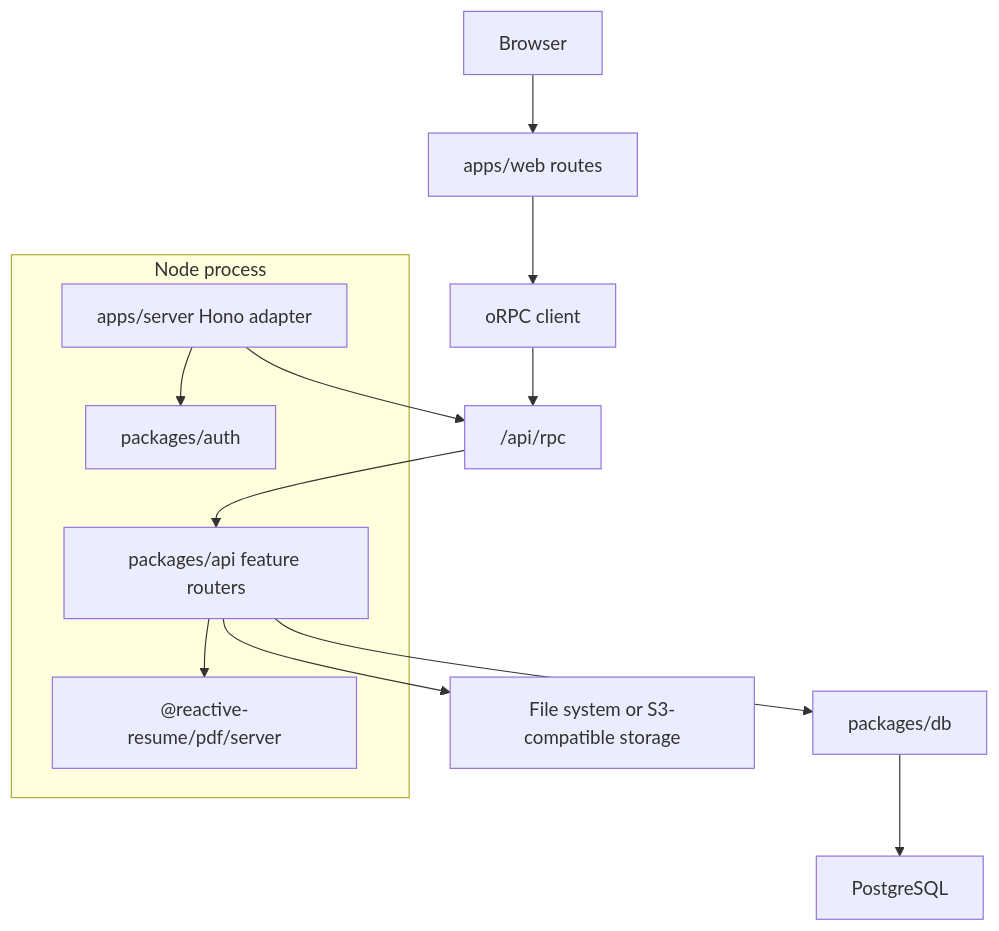
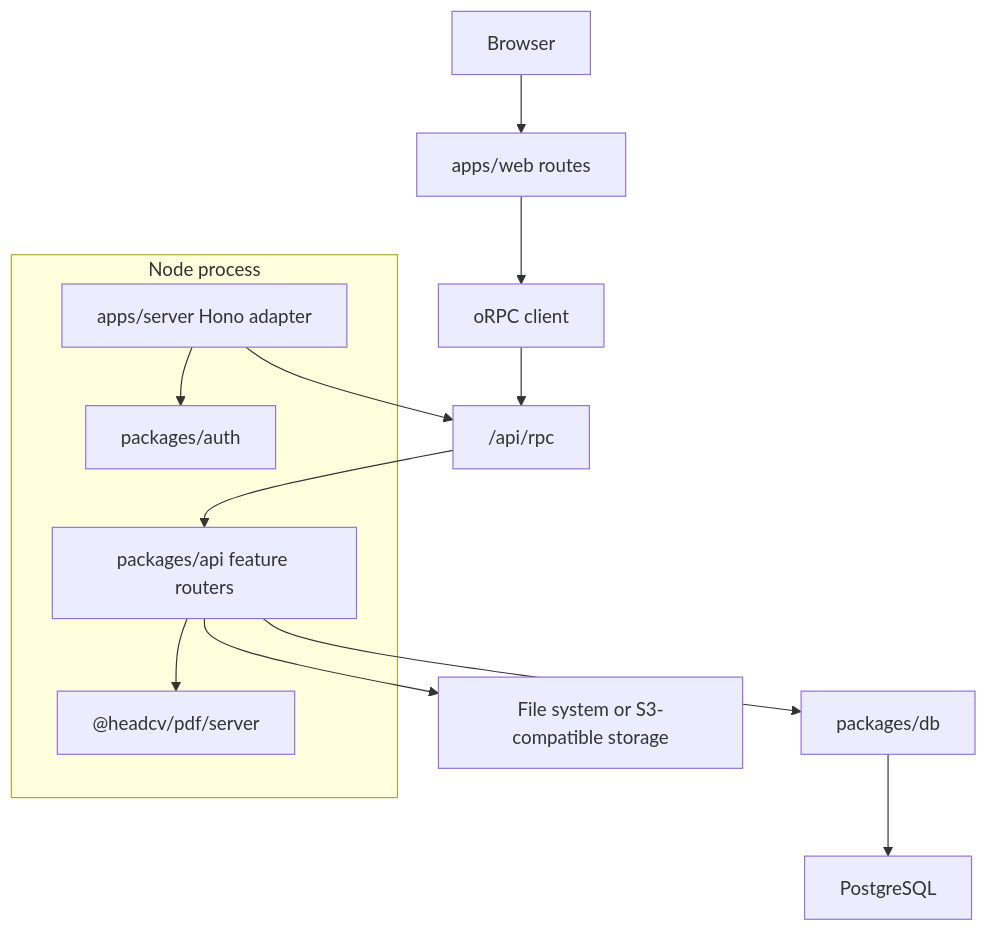
The diagram in docs/contributing/architecture.mdx (AHMED9937/headcv), drawn with Mermaid before and after one commit. The commit also changed other lines of this file and 827 other files, not shown here.

````diff
--- a/docs/contributing/architecture.mdx
+++ b/docs/contributing/architecture.mdx
@@ -16,21 +16,21 @@
 ```mermaid
 flowchart TD
   Browser["Browser"] --> WebRoutes["apps/web routes"]
   WebRoutes --> ORPCClient["oRPC client"]
   ORPCClient --> RPC["/api/rpc"]
 
   subgraph NodeProcess["Node process"]
     Server["apps/server Hono adapter"]
     API["packages/api feature routers"]
     Auth["packages/auth"]
-    PDFServer["@reactive-resume/pdf/server"]
+    PDFServer["@headcv/pdf/server"]
   end
 
   Server --> RPC
   RPC --> API
   Server --> Auth
   API --> PDFServer
   API --> DB["packages/db"]
   API --> Storage["File system or S3-compatible storage"]
   DB --> Postgres["PostgreSQL"]
 ```
````
